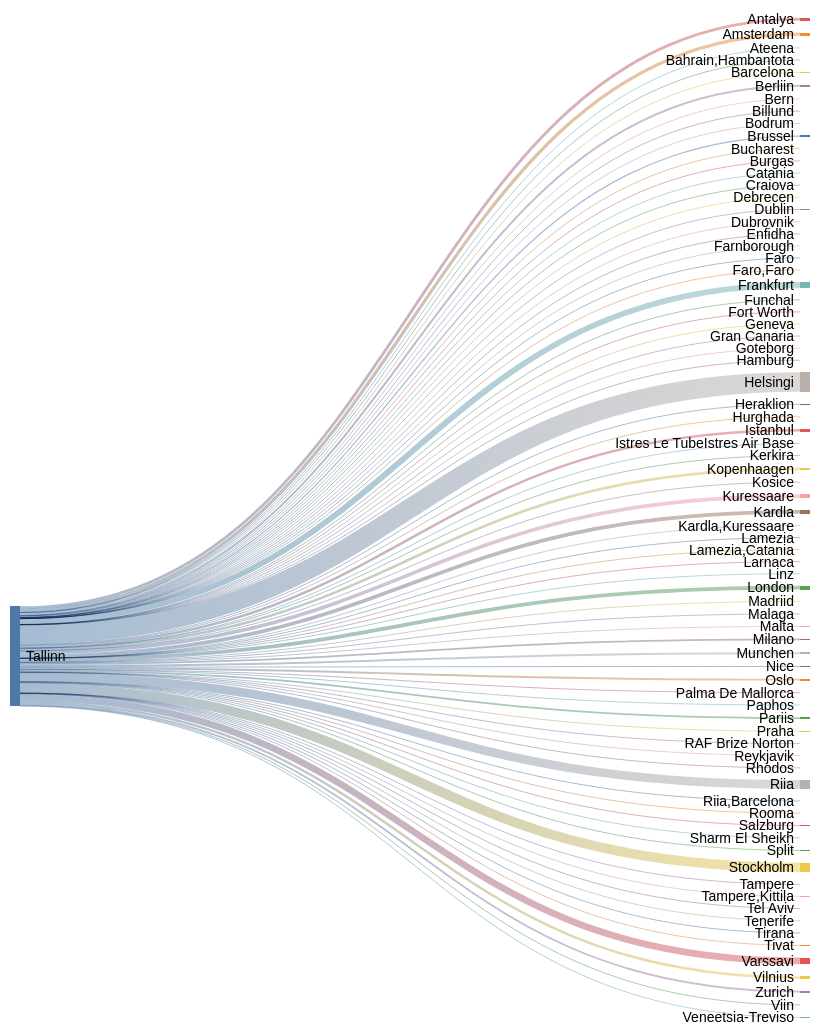
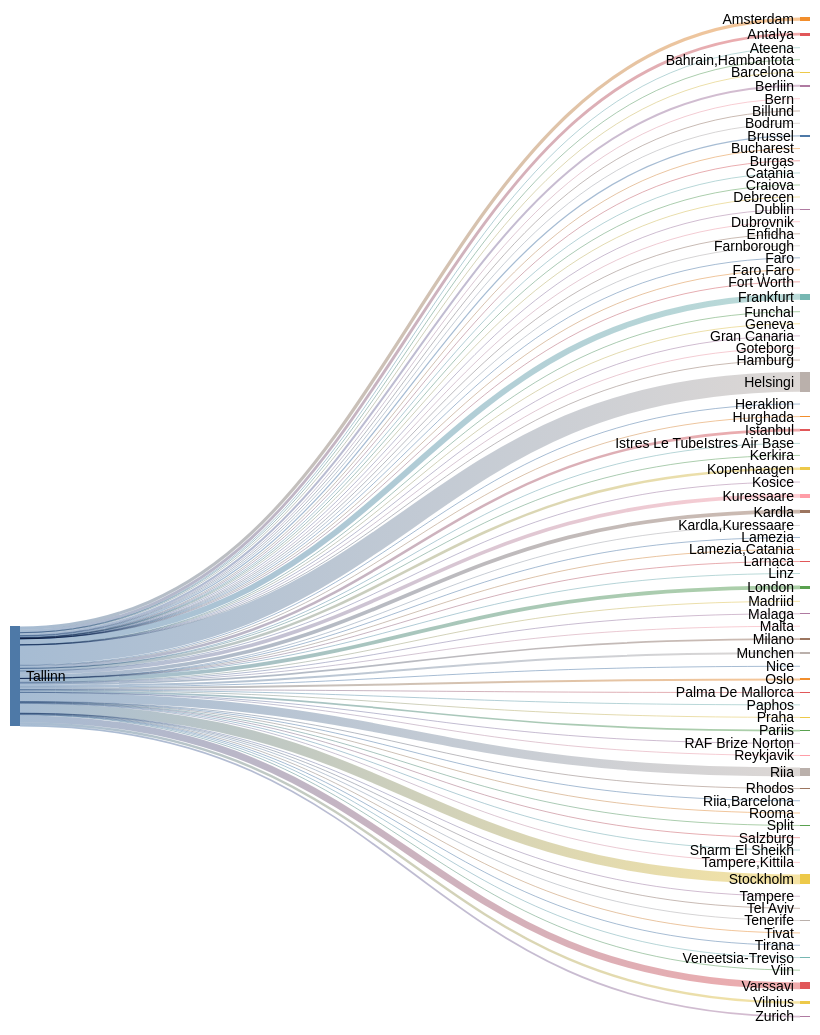
Before and after one commit to rainermesi/tll-airport-departures: the second of 2 diagrams in README.md, drawn with Mermaid (neutral theme). The commit also changed other lines of this file and 1 other file, not shown here.

````diff
--- a/README.md
+++ b/README.md
@@ -41,18 +41,18 @@
 ---
 sankey-beta
 %% source,target,value
-Tallinn,Amsterdam,521
-Tallinn,Antalya,461
+Tallinn,Amsterdam,523
+Tallinn,Antalya,464
 Tallinn,Ateena,16
 Tallinn,"Bahrain,Hambantota",1
-Tallinn,Barcelona,145
+Tallinn,Barcelona,147
 Tallinn,Berliin,328
 Tallinn,Bern,1
-Tallinn,Billund,82
+Tallinn,Billund,83
 Tallinn,Bodrum,11
 Tallinn,Brussel,201
 Tallinn,Bucharest,1
-Tallinn,Burgas,66
+Tallinn,Burgas,67
 Tallinn,Catania,2
 Tallinn,Craiova,1
 Tallinn,Debrecen,1
@@ -63,60 +63,60 @@
 Tallinn,Faro,4
 Tallinn,"Faro,Faro",1
 Tallinn,Fort Worth,1
-Tallinn,Frankfurt,933
+Tallinn,Frankfurt,935
 Tallinn,Funchal,5
 Tallinn,Geneva,13
 Tallinn,Gran Canaria,38
 Tallinn,Goteborg,2
 Tallinn,Hamburg,2
-Tallinn,Helsingi,3141
-Tallinn,Heraklion,110
+Tallinn,Helsingi,3149
+Tallinn,Heraklion,111
 Tallinn,Hurghada,75
-Tallinn,Istanbul,407
+Tallinn,Istanbul,408
 Tallinn,Istres Le TubeIstres Air Base,2
 Tallinn,Kerkira,4
-Tallinn,Kopenhaagen,415
+Tallinn,Kopenhaagen,417
 Tallinn,Kosice,1
-Tallinn,Kuressaare,594
-Tallinn,Kardla,596
+Tallinn,Kuressaare,595
+Tallinn,Kardla,597
 Tallinn,"Kardla,Kuressaare",1
 Tallinn,Lamezia,1
 Tallinn,"Lamezia,Catania",3
 Tallinn,Larnaca,4
 Tallinn,Linz,2
-Tallinn,London,608
+Tallinn,London,609
 Tallinn,Madriid,4
-Tallinn,Malaga,127
-Tallinn,Malta,31
+Tallinn,Malaga,128
+Tallinn,Malta,32
 Tallinn,Milano,277
 Tallinn,Munchen,326
 Tallinn,Nice,57
 Tallinn,Oslo,316
-Tallinn,Palma De Mallorca,35
+Tallinn,Palma De Mallorca,36
 Tallinn,Paphos,66
 Tallinn,Pariis,277
 Tallinn,Praha,92
 Tallinn,RAF Brize Norton,1
 Tallinn,Reykjavik,20
 Tallinn,Rhodos,65
-Tallinn,Riia,1413
+Tallinn,Riia,1418
 Tallinn,"Riia,Barcelona",1
 Tallinn,Rooma,80
 Tallinn,Salzburg,14
 Tallinn,Sharm El Sheikh,105
 Tallinn,Split,58
-Tallinn,Stockholm,1556
+Tallinn,Stockholm,1559
 Tallinn,Tampere,17
 Tallinn,"Tampere,Kittila",21
 Tallinn,Tel Aviv,2
 Tallinn,Tenerife,58
 Tallinn,Tirana,39
 Tallinn,Tivat,74
-Tallinn,Varssavi,1083
+Tallinn,Varssavi,1086
 Tallinn,Veneetsia-Treviso,67
 Tallinn,Viin,106
 Tallinn,Vilnius,394
-Tallinn,Zurich,280
+Tallinn,Zurich,281
 
 
 ```
````
